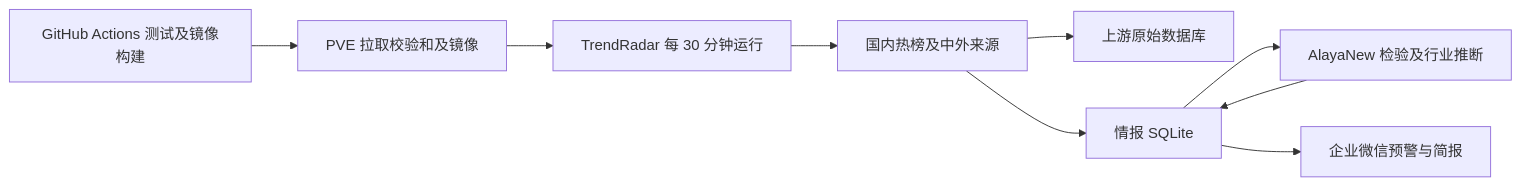
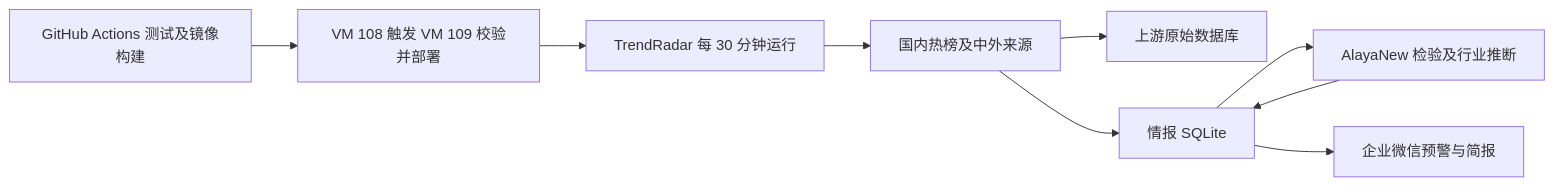
Before and after one commit to ymygogogo/TrendRadar: the diagram in docs/market-intelligence.md, drawn with Mermaid. The commit also changed other lines of this file and 12 other files, not shown here.

First line of the commit message:
Deploy TrendRadar directly from GitHub CI (#12)

````diff
--- a/docs/market-intelligence.md
+++ b/docs/market-intelligence.md
@@ -16,11 +16,11 @@
 ```mermaid
 flowchart LR
     C[TrendRadar 每 30 分钟运行] --> R[国内热榜及中外来源]
     R --> S[上游原始数据库]
     R --> M[情报 SQLite]
     M --> A[AlayaNew 检验及行业推断]
     A --> M
     M --> W[企业微信预警与简报]
-    G[GitHub Actions 测试及镜像构建] --> P[PVE 拉取校验和及镜像]
+    G[GitHub Actions 测试及镜像构建] --> P[VM 108 触发 VM 109 校验并部署]
     P --> C
 ```
````
